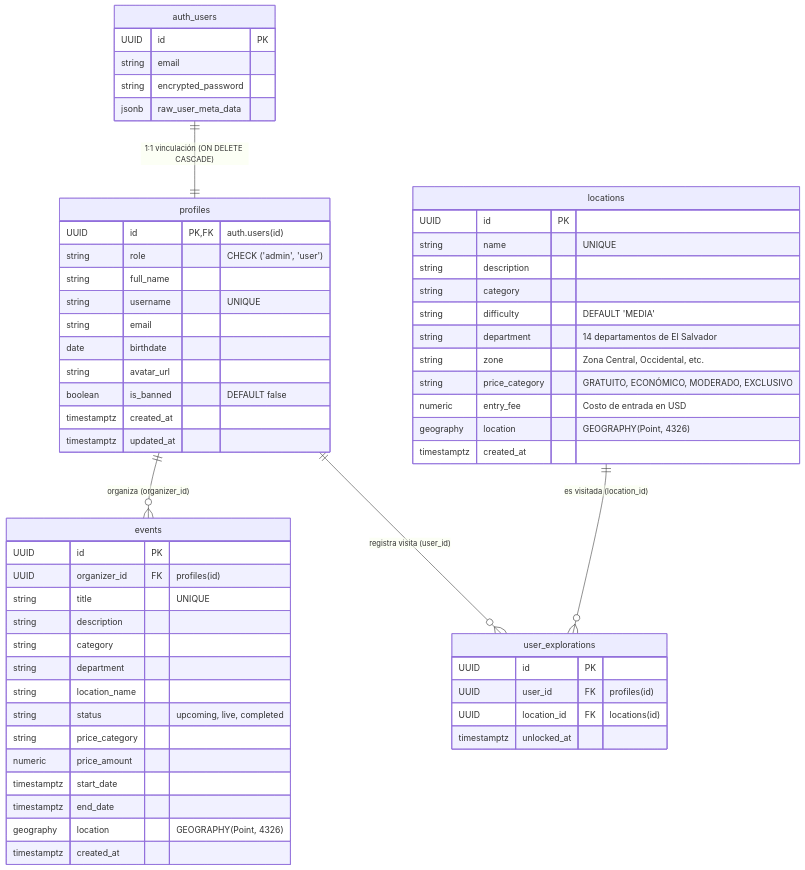
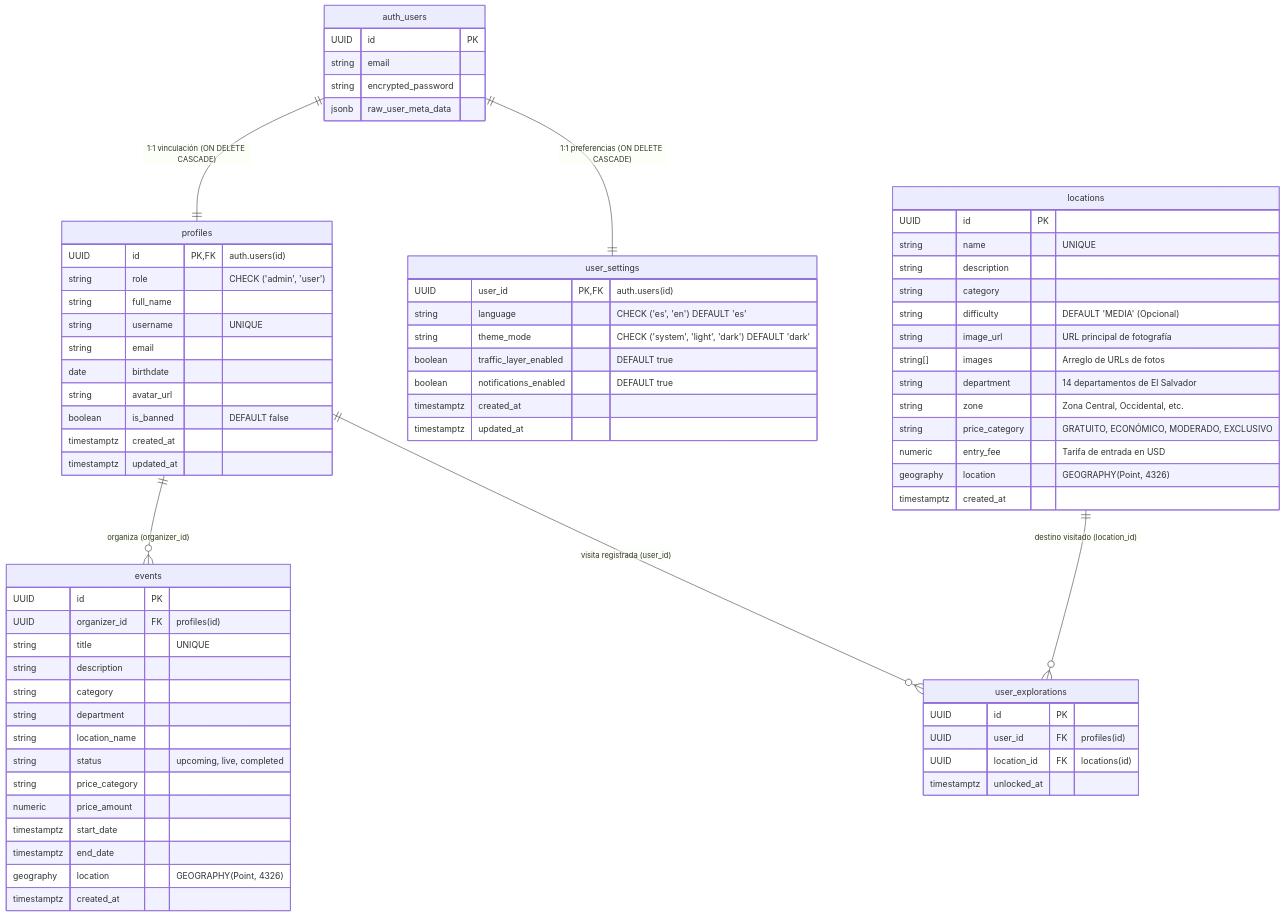
Before and after one commit to Ad12df/V-rtice: the diagram in backend/README.md, drawn with Mermaid. The commit also changed other lines of this file and 42 other files, not shown here.

First line of the commit message:
feat(release): upgrade to v1.5.0 beta & in-app traffic system

````diff
--- a/backend/README.md
+++ b/backend/README.md
@@ -135,65 +139,78 @@
 ```mermaid
 erDiagram
     auth_users ||--|| profiles : "1:1 vinculación (ON DELETE CASCADE)"
+    auth_users ||--|| user_settings : "1:1 preferencias (ON DELETE CASCADE)"
     profiles ||--o{ events : "organiza (organizer_id)"
-    profiles ||--o{ user_explorations : "registra visita (user_id)"
-    locations ||--o{ user_explorations : "es visitada (location_id)"
+    profiles ||--o{ user_explorations : "visita registrada (user_id)"
+    locations ||--o{ user_explorations : "destino visitado (location_id)"
 
     auth_users {
         UUID id PK
         string email
         string encrypted_password
         jsonb raw_user_meta_data
     }
 
     profiles {
         UUID id PK,FK "auth.users(id)"
         string role "CHECK ('admin', 'user')"
         string full_name
         string username "UNIQUE"
         string email
         date birthdate
         string avatar_url
         boolean is_banned "DEFAULT false"
         timestamptz created_at
         timestamptz updated_at
     }
 
+    user_settings {
+        UUID user_id PK,FK "auth.users(id)"
+        string language "CHECK ('es', 'en') DEFAULT 'es'"
+        string theme_mode "CHECK ('system', 'light', 'dark') DEFAULT 'dark'"
+        boolean traffic_layer_enabled "DEFAULT true"
+        boolean notifications_enabled "DEFAULT true"
+        timestamptz created_at
+        timestamptz updated_at
+    }
+
     locations {
         UUID id PK
         string name "UNIQUE"
         string description
         string category
-        string difficulty "DEFAULT 'MEDIA'"
+        string difficulty "DEFAULT 'MEDIA' (Opcional)"
+        string image_url "URL principal de fotografía"
+        string[] images "Arreglo de URLs de fotos"
         string department "14 departamentos de El Salvador"
         string zone "Zona Central, Occidental, etc."
         string price_category "GRATUITO, ECONÓMICO, MODERADO, EXCLUSIVO"
-        numeric entry_fee "Costo de entrada en USD"
+        numeric entry_fee "Tarifa de entrada en USD"
         geography location "GEOGRAPHY(Point, 4326)"
         timestamptz created_at
     }
 
     events {
         UUID id PK
         UUID organizer_id FK "profiles(id)"
         string title "UNIQUE"
         string description
         string category
         string department
         string location_name
         string status "upcoming, live, completed"
         string price_category
         numeric price_amount
         timestamptz start_date
         timestamptz end_date
         geography location "GEOGRAPHY(Point, 4326)"
         timestamptz created_at
     }
 
     user_explorations {
         UUID id PK
         UUID user_id FK "profiles(id)"
         UUID location_id FK "locations(id)"
         timestamptz unlocked_at
     }
 ```
````
